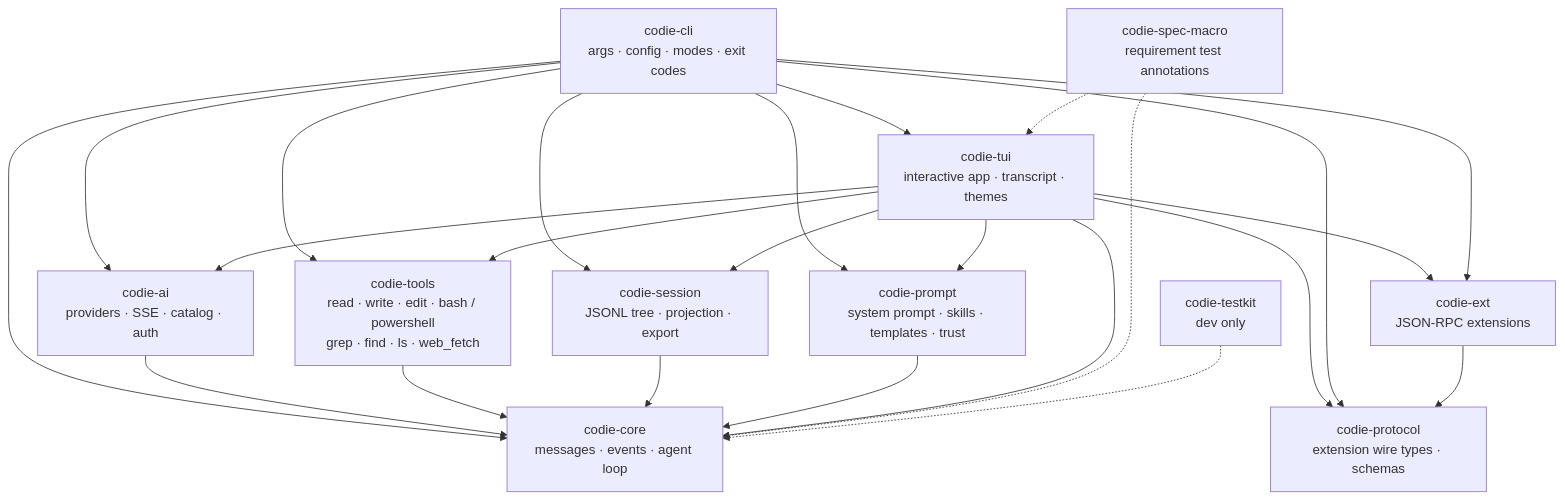
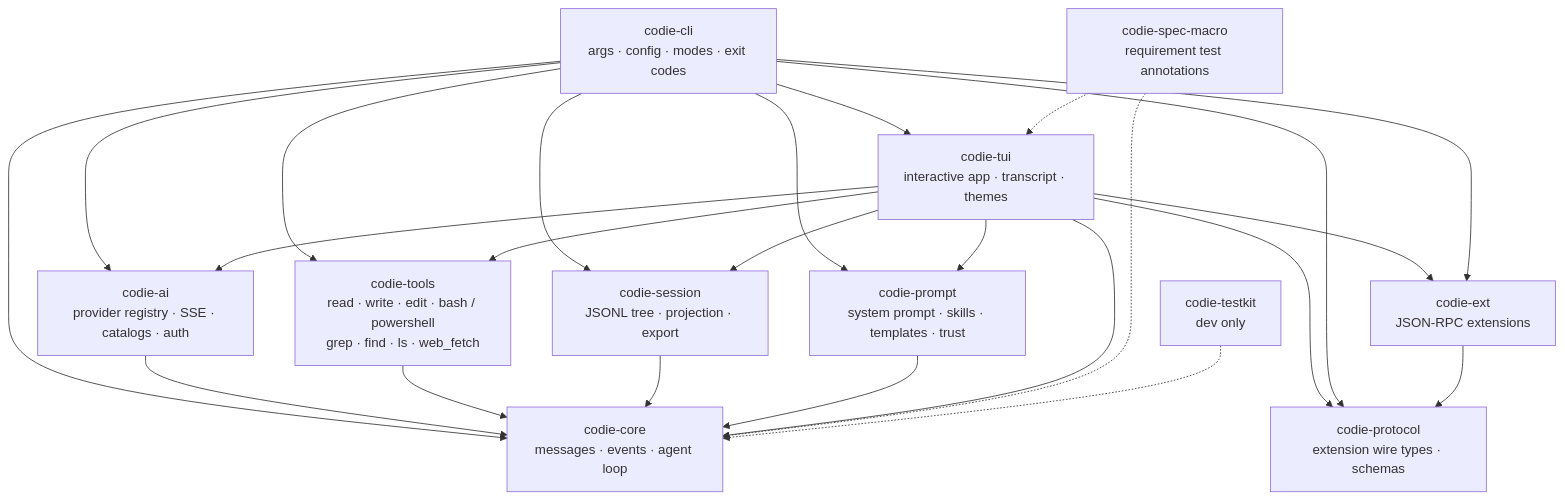
One commit to amardeepio/codie changed the second of 2 diagrams in README.md. Above: the diagram before and after it, drawn with Mermaid. The commit also changed other lines of this file and 50 other files, not shown here.

First line of the commit message:
feat: add provider connect flow, registry, and live catalogs (#40)

````diff
--- a/README.md
+++ b/README.md
@@ -86,41 +76,41 @@
 ```mermaid
 flowchart TD
     CLI["codie-cli<br/>args · config · modes · exit codes"]
 
     CORE["codie-core<br/>messages · events · agent loop"]
-    AI["codie-ai<br/>providers · SSE · catalog · auth"]
+    AI["codie-ai<br/>provider registry · SSE · catalogs · auth"]
     TOOLS["codie-tools<br/>read · write · edit · bash / powershell<br/>grep · find · ls · web_fetch"]
     SESSION["codie-session<br/>JSONL tree · projection · export"]
     PROMPT["codie-prompt<br/>system prompt · skills · templates · trust"]
     EXT["codie-ext<br/>JSON-RPC extensions"]
 
     TUI["codie-tui<br/>interactive app · transcript · themes"]
     PROTO["codie-protocol<br/>extension wire types · schemas"]
     TUI --> EXT
     TUI --> PROTO
 
     CLI --> CORE
     CLI --> AI
     CLI --> TOOLS
     CLI --> SESSION
     CLI --> PROMPT
     CLI --> EXT
     CLI --> PROTO
     CLI --> TUI
 
     AI --> CORE
     TOOLS --> CORE
     SESSION --> CORE
     PROMPT --> CORE
     EXT --> PROTO
 
     TUI --> CORE
     TUI --> AI
     TUI --> TOOLS
     TUI --> SESSION
     TUI --> PROMPT
 
     SPEC["codie-spec-macro<br/>requirement test annotations"] -.-> CORE
     SPEC -.-> TUI
     TESTKIT["codie-testkit<br/>dev only"] -.-> CORE
 ```
````
